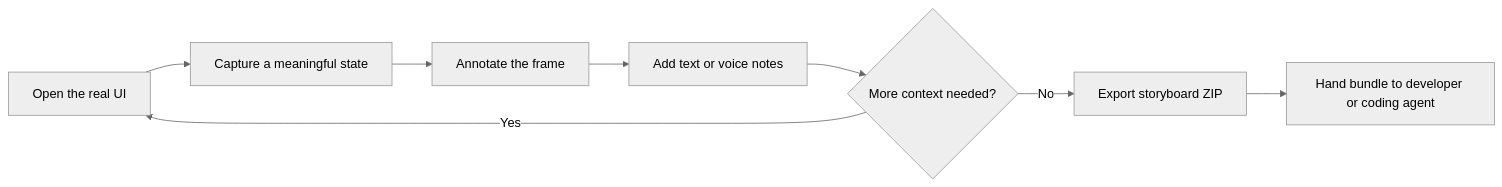
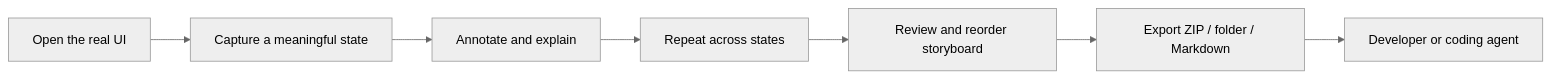
One commit to MythologIQ-Labs-LLC/CritIQ changed the diagram in README.md. Above: the diagram before and after it, drawn with Mermaid (neutral theme). The commit also changed other lines of this file and 31 other files, not shown here.

````diff
--- a/README.md
+++ b/README.md
@@ -22,10 +11,9 @@
 ```mermaid
 flowchart LR
     A[Open the real UI] --> B[Capture a meaningful state]
-    B --> C[Annotate the frame]
-    C --> D[Add text or voice notes]
-    D --> E{More context needed?}
-    E -->|Yes| A
-    E -->|No| F[Export storyboard ZIP]
-    F --> G[Hand bundle to developer or coding agent]
+    B --> C[Annotate and explain]
+    C --> D[Repeat across states]
+    D --> E[Review and reorder storyboard]
+    E --> F[Export ZIP / folder / Markdown]
+    F --> G[Developer or coding agent]
 ```
````
